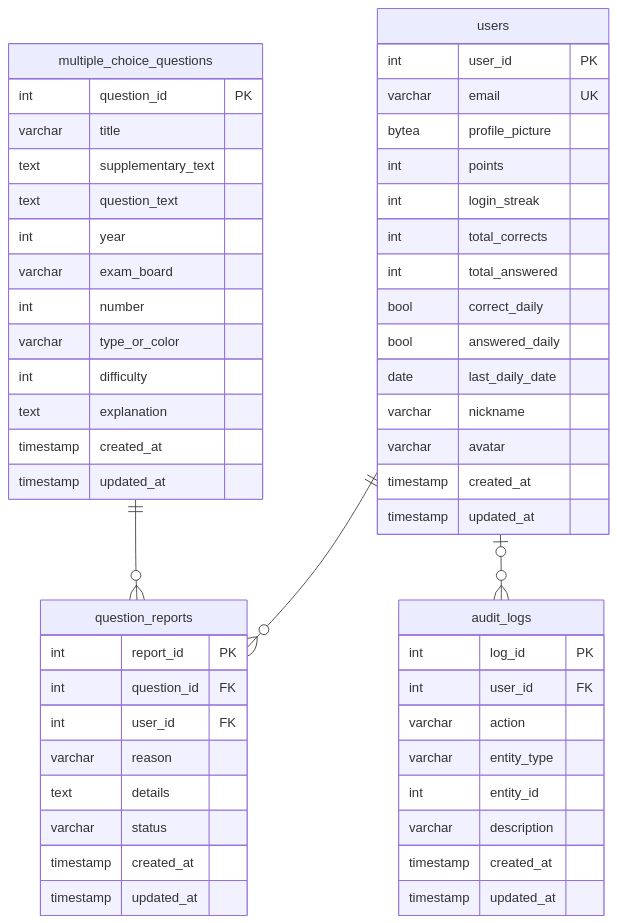
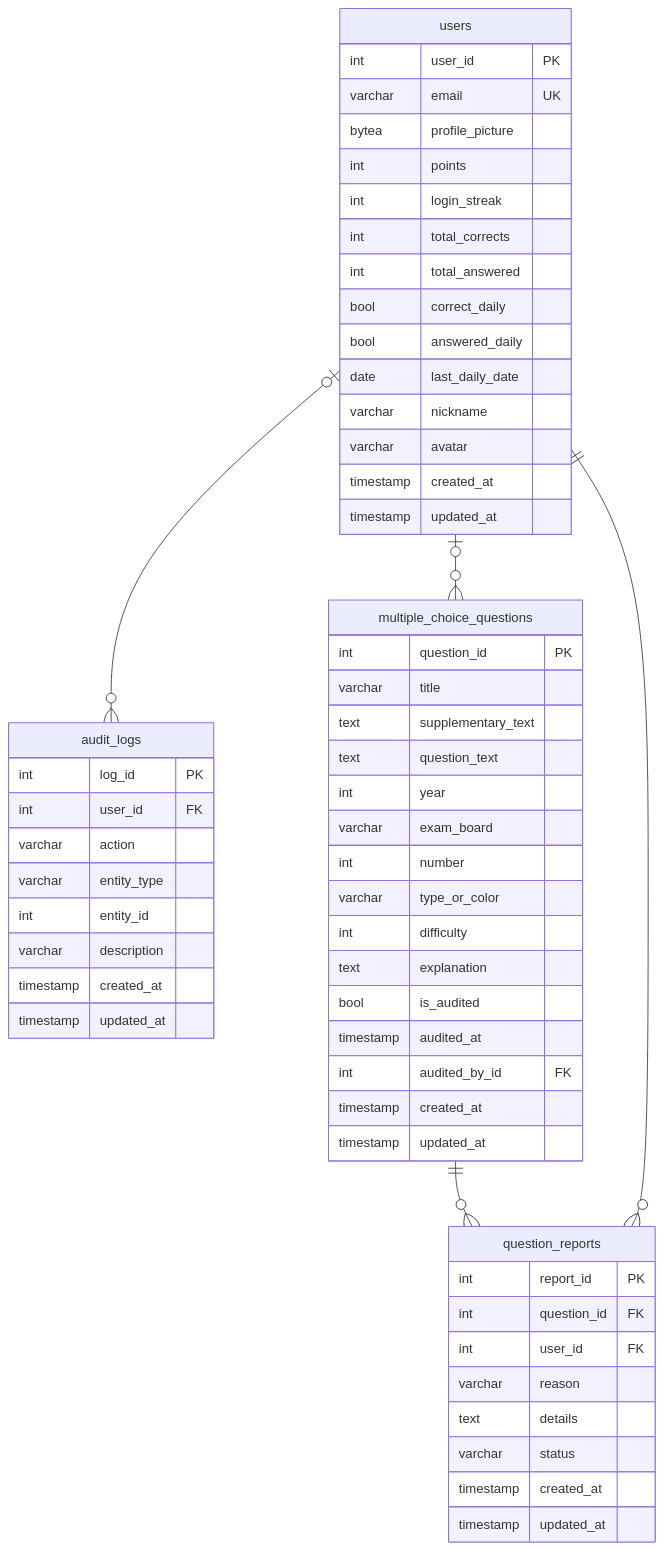
The eighth of 9 diagrams in docs/modelo-de-dados.md (ifvest-project/ifvest-docs), drawn with Mermaid before and after one commit. The commit also changed other lines of this file and 28 other files, not shown here.

````diff
--- a/docs/modelo-de-dados.md
+++ b/docs/modelo-de-dados.md
@@ -445,56 +458,60 @@
 ```mermaid
 erDiagram
     audit_logs {
         int log_id PK
         int user_id FK
         varchar action
         varchar entity_type
         int entity_id
         varchar description
         timestamp created_at
         timestamp updated_at
     }
     multiple_choice_questions {
         int question_id PK
         varchar title
         text supplementary_text
         text question_text
         int year
         varchar exam_board
         int number
         varchar type_or_color
         int difficulty
         text explanation
+        bool is_audited
+        timestamp audited_at
+        int audited_by_id FK
         timestamp created_at
         timestamp updated_at
     }
     question_reports {
         int report_id PK
         int question_id FK
         int user_id FK
         varchar reason
         text details
         varchar status
         timestamp created_at
         timestamp updated_at
     }
     users {
         int user_id PK
         varchar email UK
         bytea profile_picture
         int points
         int login_streak
         int total_corrects
         int total_answered
         bool correct_daily
         bool answered_daily
         date last_daily_date
         varchar nickname
         varchar avatar
         timestamp created_at
         timestamp updated_at
     }
     users |o--o{ audit_logs : ""
+    users |o--o{ multiple_choice_questions : ""
     multiple_choice_questions ||--o{ question_reports : ""
     users ||--o{ question_reports : ""
 ```
````
